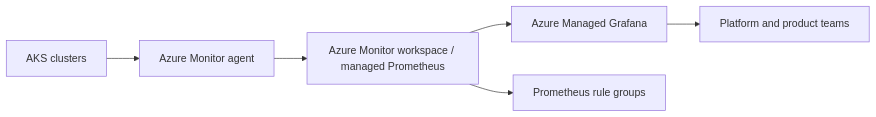
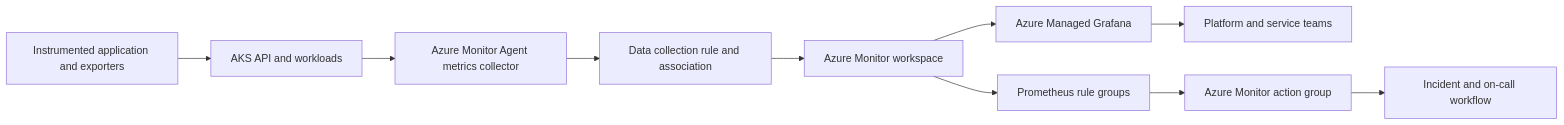
The diagram in _posts/2024-11-01-azure-managed-grafana-prometheus-2024.md (alain-cloud/blog), drawn with Mermaid before and after one commit. The commit also changed other lines of this file and 5 other files, not shown here.

````diff
--- a/_posts/2024-11-01-azure-managed-grafana-prometheus-2024.md
+++ b/_posts/2024-11-01-azure-managed-grafana-prometheus-2024.md
@@ -11,8 +36,12 @@
 ```mermaid
 flowchart LR
- AKS[AKS clusters] --> AMA[Azure Monitor agent]
- AMA --> AMW[Azure Monitor workspace / managed Prometheus]
- AMW --> Grafana[Azure Managed Grafana]
- Grafana --> Teams[Platform and product teams]
- AMW --> Rules[Prometheus rule groups]
+  App[Instrumented application and exporters] --> K8S[AKS API and workloads]
+  K8S --> AMA[Azure Monitor Agent metrics collector]
+  AMA --> DCR[Data collection rule and association]
+  DCR --> AMW[Azure Monitor workspace]
+  AMW --> MG[Azure Managed Grafana]
+  MG --> Teams[Platform and service teams]
+  AMW --> Rules[Prometheus rule groups]
+  Rules --> Action[Azure Monitor action group]
+  Action --> OnCall[Incident and on-call workflow]
 ```
````
